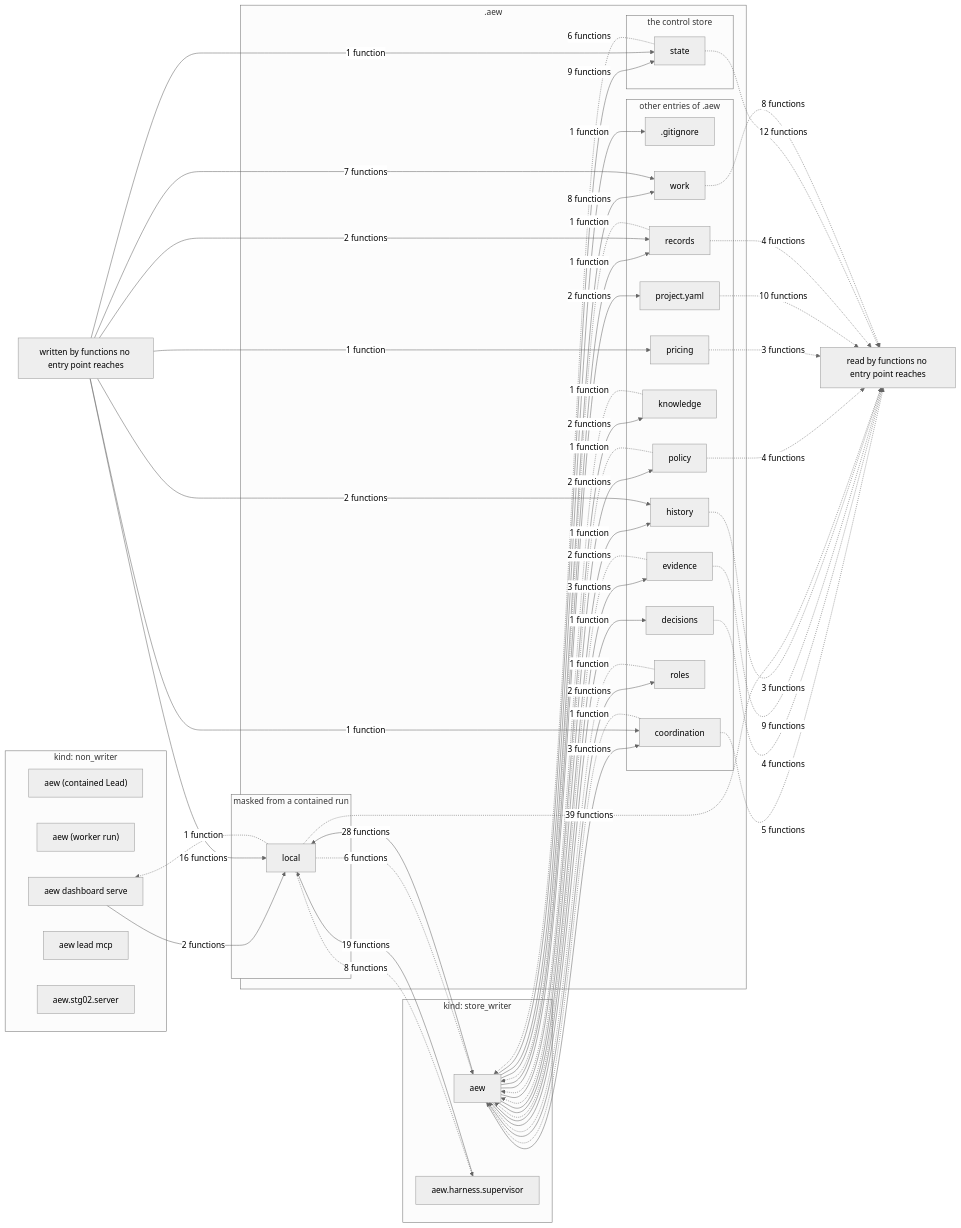
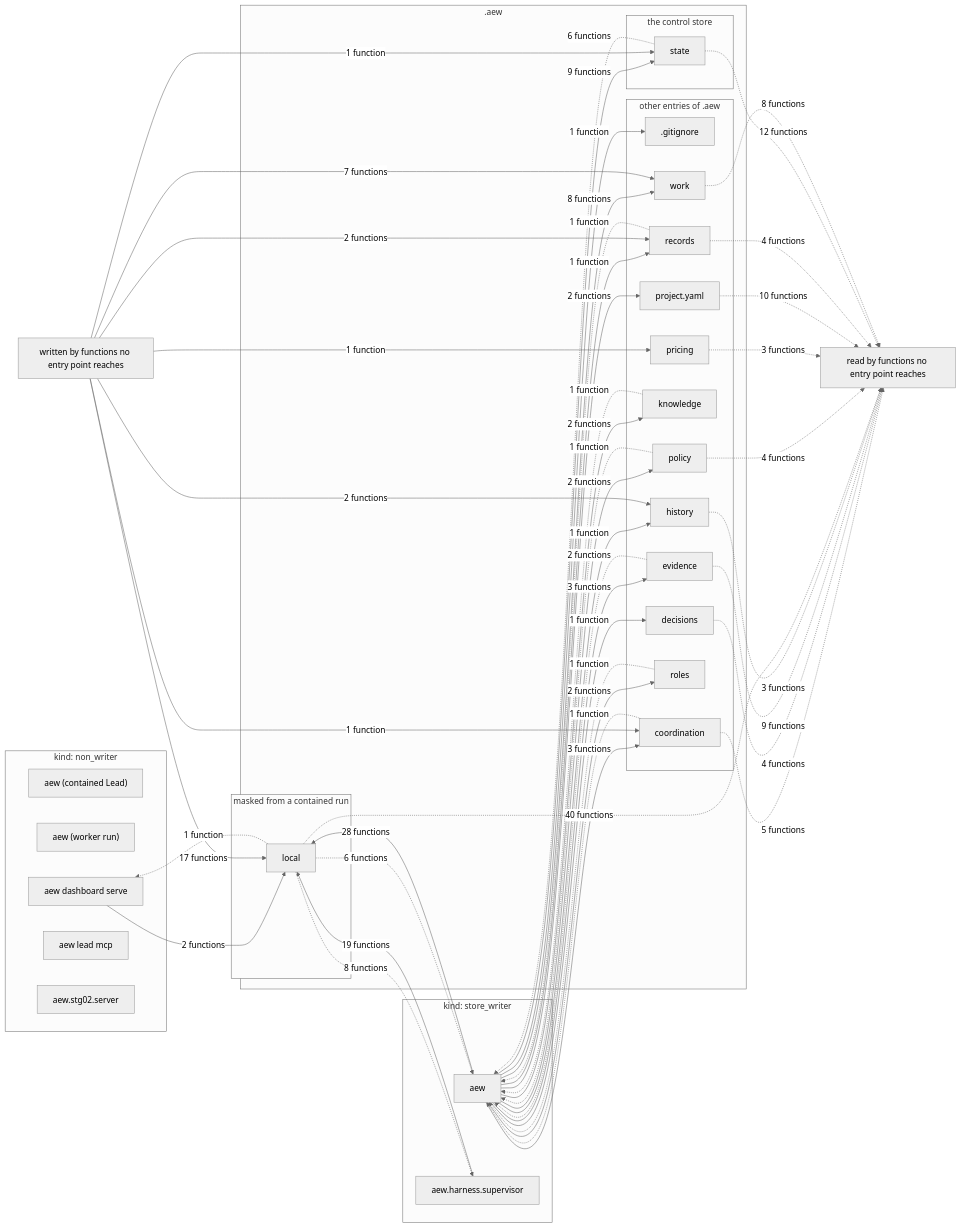
Before and after one commit to JonSmithTLT/Agentic-Engineering-Workflow: the diagram in docs/reference/data-flow.md, drawn with Mermaid (neutral theme). The commit also changed other lines of this file and 6 other files, not shown here.

````diff
--- a/docs/reference/data-flow.md
+++ b/docs/reference/data-flow.md
@@ -5,81 +5,81 @@
 ```mermaid
 flowchart LR
     subgraph kind_non_writer["kind: non_writer"]
         proc_aew_contained_lead["aew (contained Lead)"]
         proc_aew_worker_run["aew (worker run)"]
         proc_aew_dashboard_serve["aew dashboard serve"]
         proc_aew_lead_mcp["aew lead mcp"]
         proc_aew_stg02_server["aew.stg02.server"]
     end
     subgraph kind_store_writer["kind: store_writer"]
         proc_aew["aew"]
         proc_aew_harness_supervisor["aew.harness.supervisor"]
     end
     subgraph aew_dir[".aew"]
         subgraph group_store["the control store"]
             path_state["state"]
         end
         subgraph group_masked["masked from a contained run"]
             path_local["local"]
         end
         subgraph group_other["other entries of .aew"]
             path_gitignore[".gitignore"]
             path_coordination["coordination"]
             path_decisions["decisions"]
             path_evidence["evidence"]
             path_history["history"]
             path_knowledge["knowledge"]
             path_policy["policy"]
             path_pricing["pricing"]
             path_project_yaml["project.yaml"]
             path_records["records"]
             path_roles["roles"]
             path_work["work"]
         end
     end
     no_writer["written by functions no entry point reaches"]
     no_reader["read by functions no entry point reaches"]
     proc_aew -->|"1 function"| path_gitignore
     proc_aew -->|"3 functions"| path_coordination
     proc_aew -->|"1 function"| path_decisions
     proc_aew -->|"3 functions"| path_evidence
     proc_aew -->|"1 function"| path_history
     proc_aew -->|"2 functions"| path_knowledge
     proc_aew -->|"28 functions"| path_local
     proc_aew -->|"2 functions"| path_policy
     proc_aew -->|"2 functions"| path_project_yaml
     proc_aew -->|"1 function"| path_records
     proc_aew -->|"2 functions"| path_roles
     proc_aew -->|"9 functions"| path_state
     proc_aew -->|"8 functions"| path_work
     proc_aew_dashboard_serve -->|"2 functions"| path_local
     proc_aew_harness_supervisor -->|"19 functions"| path_local
     no_writer -->|"1 function"| path_coordination
     no_writer -->|"2 functions"| path_history
-    no_writer -->|"16 functions"| path_local
+    no_writer -->|"17 functions"| path_local
     no_writer -->|"1 function"| path_pricing
     no_writer -->|"2 functions"| path_records
     no_writer -->|"1 function"| path_state
     no_writer -->|"7 functions"| path_work
     path_coordination -.->|"1 function"| proc_aew
     path_evidence -.->|"2 functions"| proc_aew
     path_knowledge -.->|"1 function"| proc_aew
     path_local -.->|"6 functions"| proc_aew
     path_policy -.->|"1 function"| proc_aew
     path_records -.->|"1 function"| proc_aew
     path_roles -.->|"1 function"| proc_aew
     path_state -.->|"6 functions"| proc_aew
     path_local -.->|"1 function"| proc_aew_dashboard_serve
     path_local -.->|"8 functions"| proc_aew_harness_supervisor
     path_coordination -.->|"5 functions"| no_reader
     path_decisions -.->|"4 functions"| no_reader
     path_evidence -.->|"9 functions"| no_reader
     path_history -.->|"3 functions"| no_reader
-    path_local -.->|"39 functions"| no_reader
+    path_local -.->|"40 functions"| no_reader
     path_policy -.->|"4 functions"| no_reader
     path_pricing -.->|"3 functions"| no_reader
     path_project_yaml -.->|"10 functions"| no_reader
     path_records -.->|"4 functions"| no_reader
     path_state -.->|"12 functions"| no_reader
     path_work -.->|"8 functions"| no_reader
 ```
````
